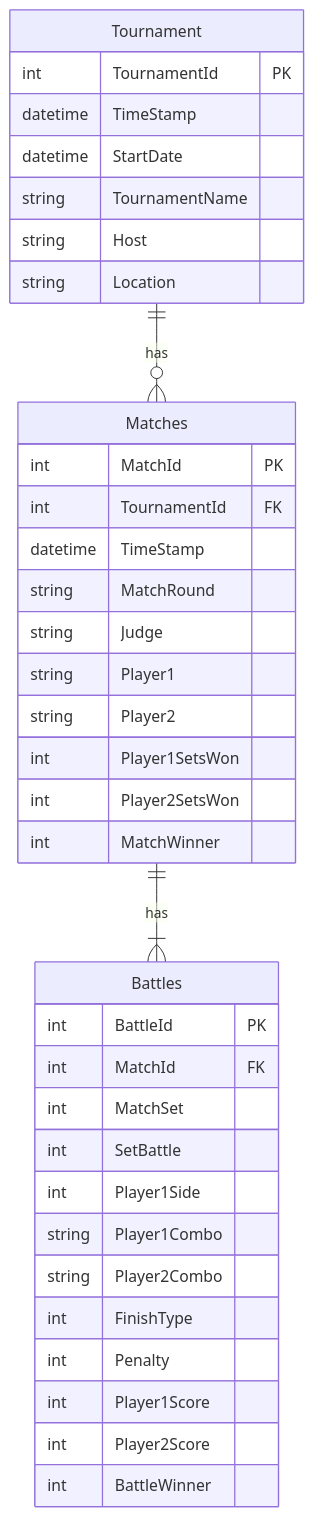
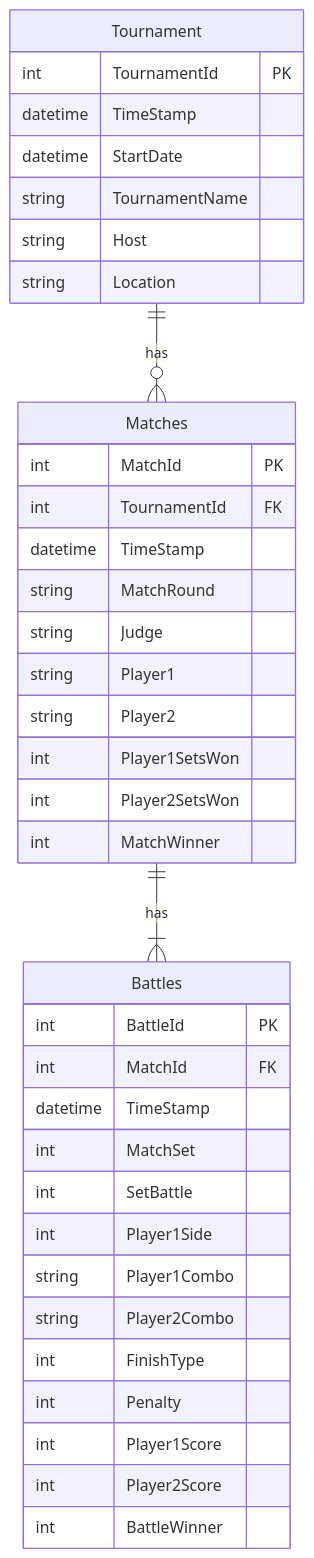
Before and after one commit to leaflikely/NC-BLAST: the diagram in documentation/matchhistory.md, drawn with Mermaid.

Commit message:
add datetime

````diff
--- a/documentation/matchhistory.md
+++ b/documentation/matchhistory.md
@@ -1,39 +1,40 @@
 ```mermaid
 erDiagram
     Tournament ||--o{ Matches : has
     Matches ||--|{ Battles : has
     Tournament {
         int TournamentId PK
         datetime TimeStamp
         datetime StartDate
         string TournamentName 
         string Host
         string Location
     }
     Matches {
         int MatchId PK
         int TournamentId FK
         datetime TimeStamp
         string MatchRound
         string Judge
         string Player1
         string Player2
         int Player1SetsWon
         int Player2SetsWon
         int MatchWinner
     }
     Battles {
         int BattleId PK
         int MatchId FK
+        datetime TimeStamp
         int MatchSet
         int SetBattle
         int Player1Side
         string Player1Combo
         string Player2Combo
         int FinishType
         int Penalty
         int Player1Score
         int Player2Score
         int BattleWinner
     }
 ```
````
